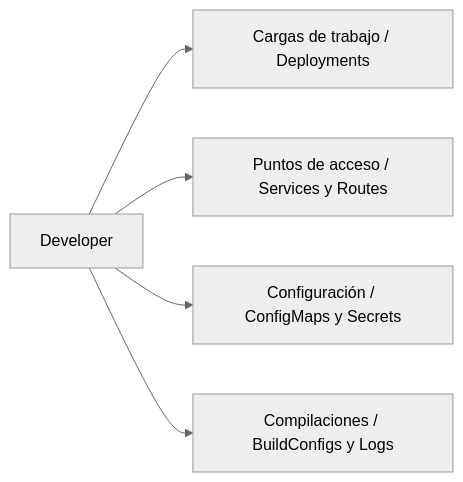
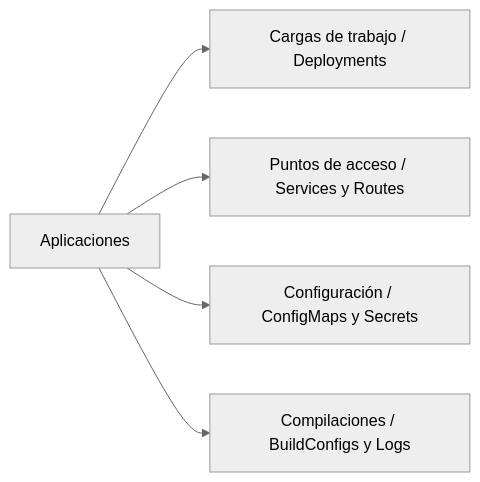
Before and after one commit to ieftraining/curso-openshift: the fourth of 7 diagrams in docs/sesion1/1.6 Consola web.md, drawn with Mermaid (neutral theme). The commit also changed other lines of this file, not shown here.

````diff
--- a/docs/sesion1/1.6 Consola web.md
+++ b/docs/sesion1/1.6 Consola web.md
@@ -93,7 +81,7 @@
 ```mermaid
 flowchart LR
-    A[Developer] --> B[Cargas de trabajo / Deployments]
+    A[Aplicaciones] --> B[Cargas de trabajo / Deployments]
     A --> C[Puntos de acceso / Services y Routes]
     A --> D[Configuración / ConfigMaps y Secrets]
     A --> E[Compilaciones / BuildConfigs y Logs]
 ```
````
